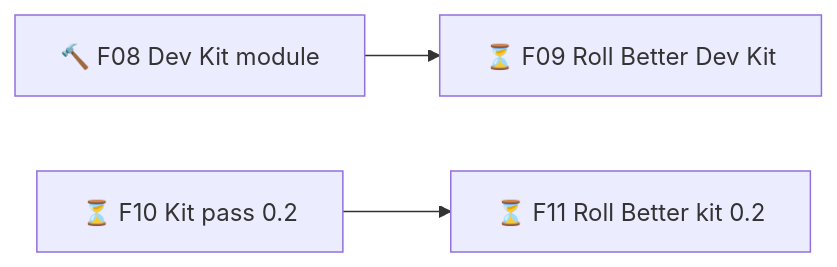
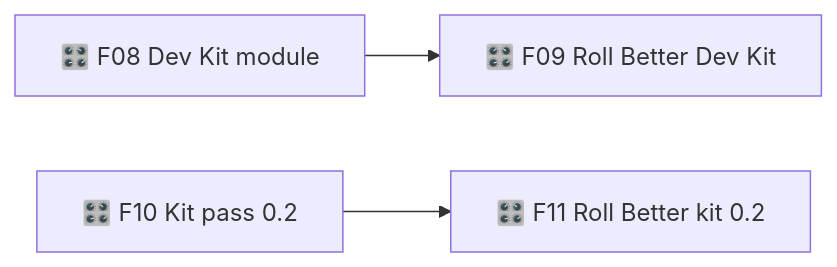
One commit to TheBlueMuzzy/framework changed the second of 2 diagrams in .planning/ROADMAP.md. Above: the diagram before and after it, drawn with Mermaid. The commit also changed other lines of this file and 1 other file, not shown here.

Commit message:
Save: Sprint 04 built — Dev Kit module + kit 0.2.2, waiting for Muzzy's OK

````diff
--- a/.planning/ROADMAP.md
+++ b/.planning/ROADMAP.md
@@ -37,5 +37,5 @@
 ```mermaid
 flowchart LR
-  F08[🔨 F08 Dev Kit module] --> F09[⏳ F09 Roll Better Dev Kit]
-  F10[⏳ F10 Kit pass 0.2] --> F11[⏳ F11 Roll Better kit 0.2]
+  F08[🎛️ F08 Dev Kit module] --> F09[🎛️ F09 Roll Better Dev Kit]
+  F10[🎛️ F10 Kit pass 0.2] --> F11[🎛️ F11 Roll Better kit 0.2]
 ```
````
